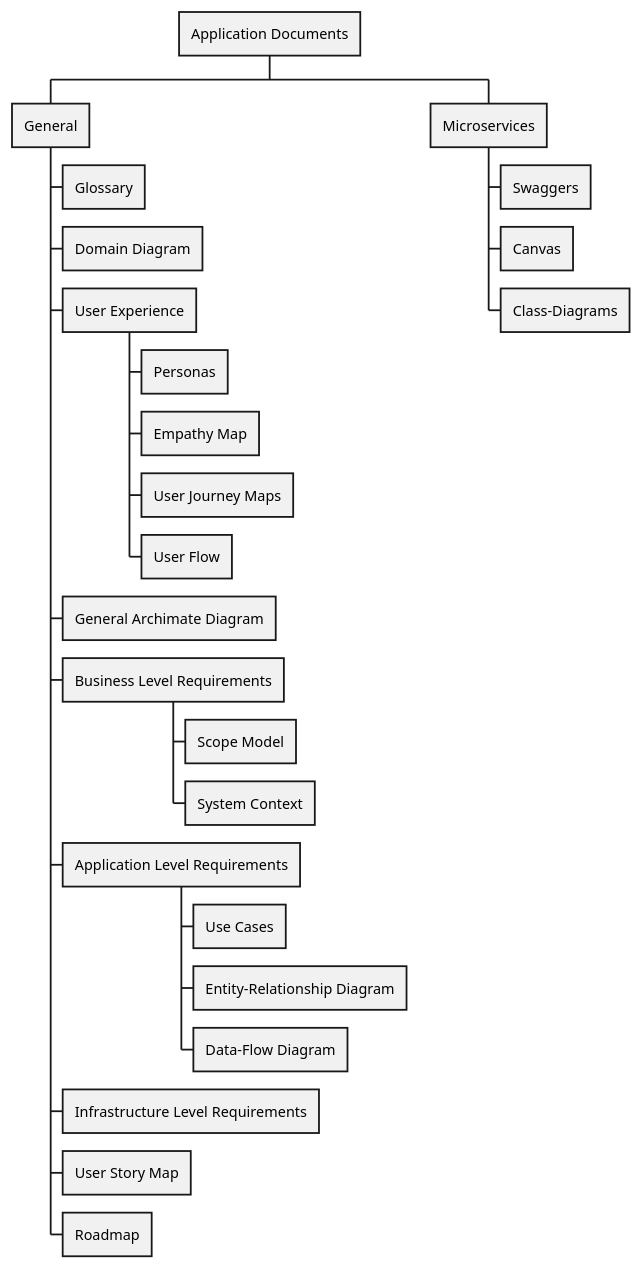
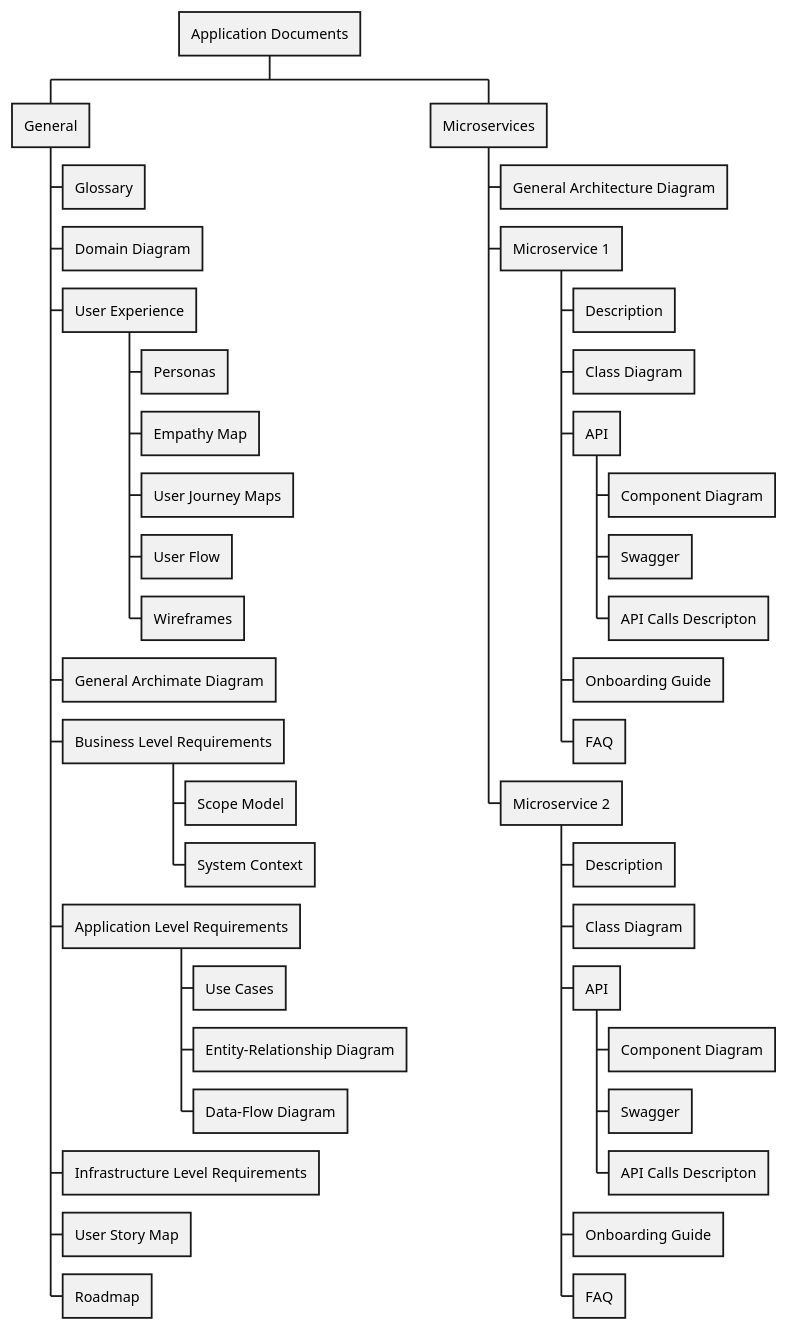
Before and after one commit to olegische/test-task-nanosemantics: the diagram in task2/documentation-information-architecture.plantuml, drawn with PlantUML. The commit also changed 2 other files, not shown here.

```diff
--- a/task2/documentation-information-architecture.plantuml
+++ b/task2/documentation-information-architecture.plantuml
@@ -1,31 +1,49 @@
 @startwbs
 
 skinparam monochrome true
 
 * Application Documents
 ** General
 *** Glossary
 *** Domain Diagram
 *** User Experience
 **** Personas
 **** Empathy Map
 **** User Journey Maps
 **** User Flow
+**** Wireframes
 *** General Archimate Diagram
 *** Business Level Requirements
 **** Scope Model
 **** System Context
 *** Application Level Requirements
 **** Use Cases
 **** Entity-Relationship Diagram
 **** Data-Flow Diagram
 *** Infrastructure Level Requirements
 *** User Story Map
 *** Roadmap
 ** Microservices
-*** Swaggers
-*** Canvas
-*** Class-Diagrams
+*** General Architecture Diagram
 
+*** Microservice 1
+**** Description
+**** Class Diagram
+**** API
+***** Component Diagram
+***** Swagger
+***** API Calls Descripton
+**** Onboarding Guide
+**** FAQ
+
+*** Microservice 2
+**** Description
+**** Class Diagram
+**** API
+***** Component Diagram
+***** Swagger
+***** API Calls Descripton
+**** Onboarding Guide
+**** FAQ
 
 @endwbs
```
